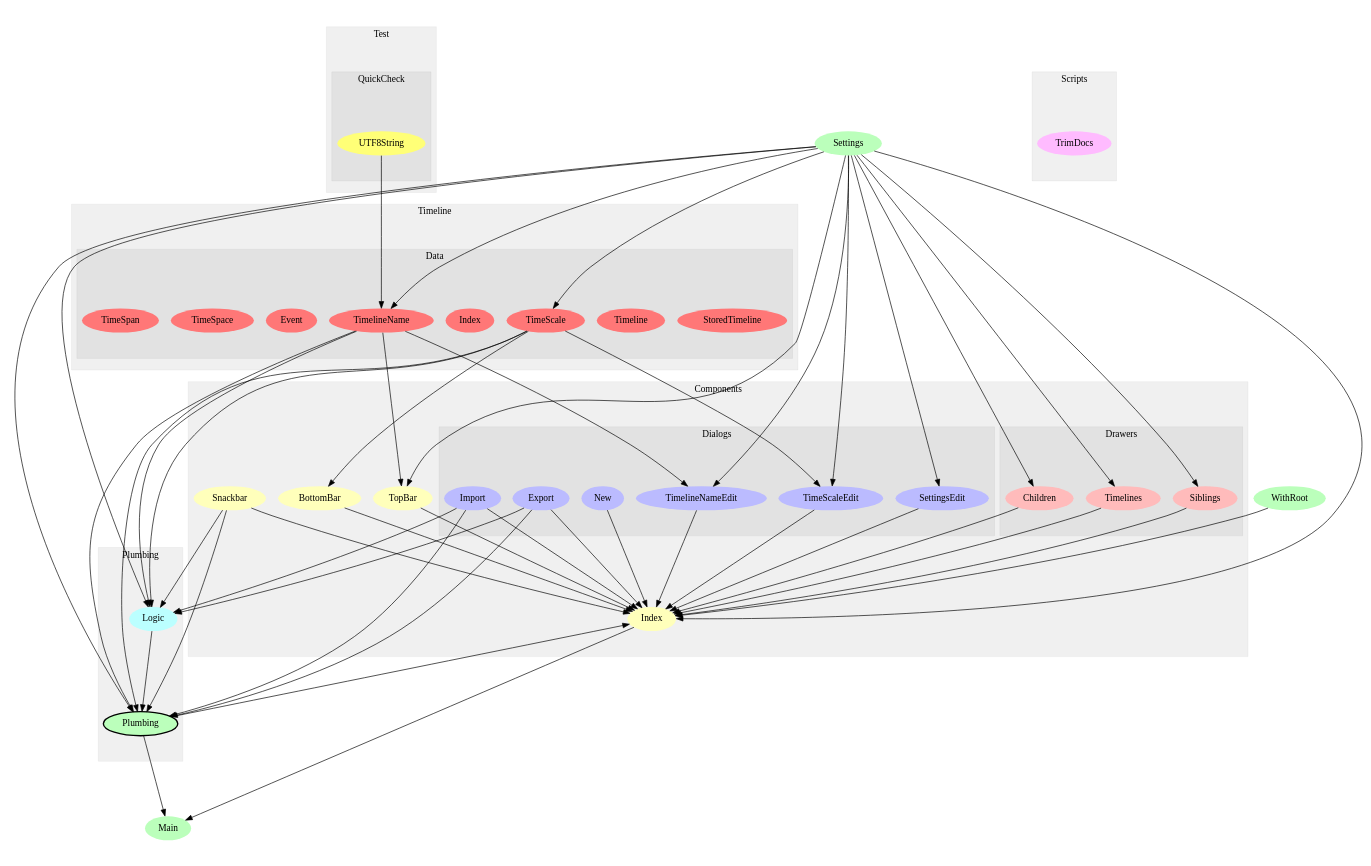
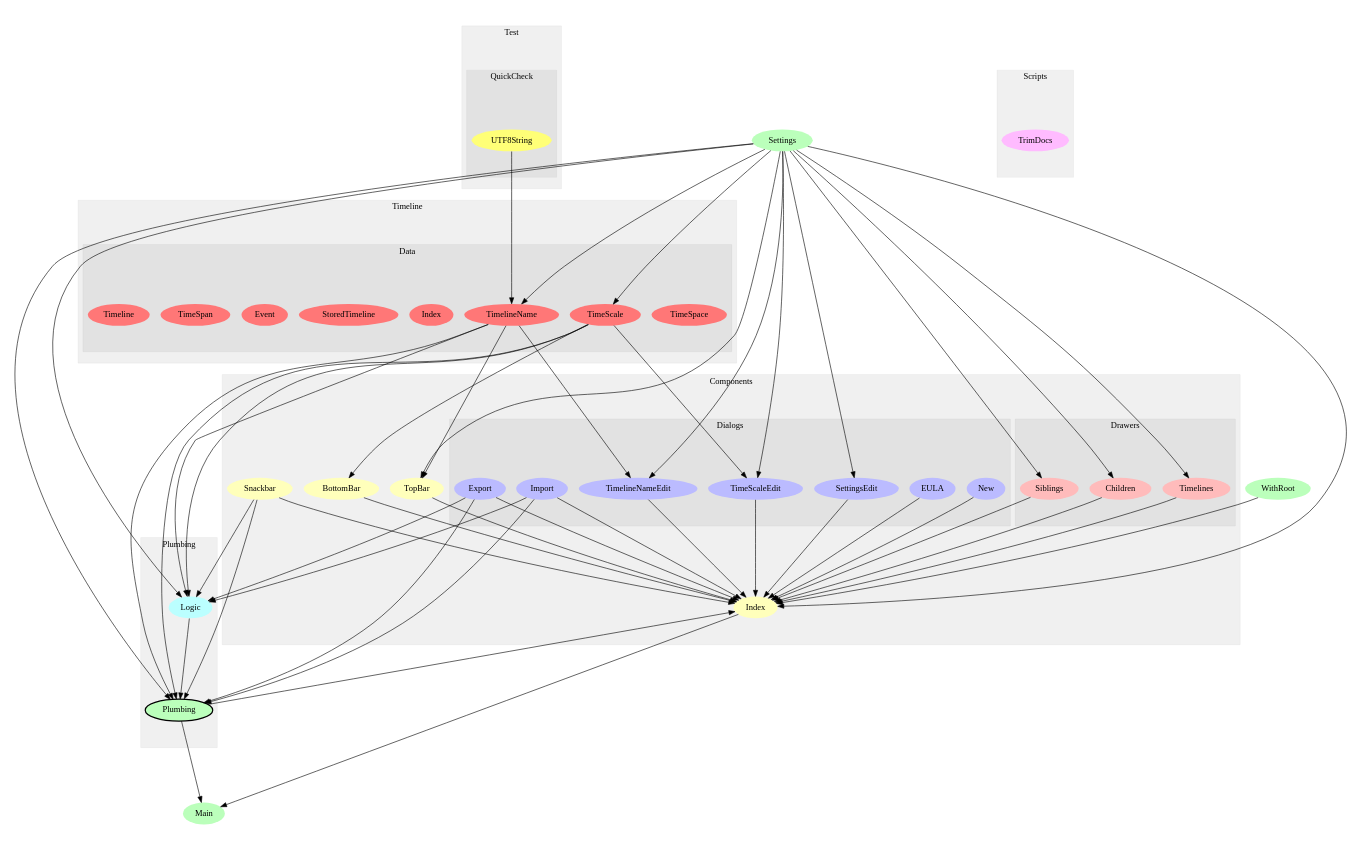
The diagram in graphs/modules.dot (openchronology/openchronology.github.io), drawn with Graphviz before and after one commit. The commit also changed 8 other files, not shown here.

```diff
--- a/graphs/modules.dot
+++ b/graphs/modules.dot
@@ -1,131 +1,133 @@
 digraph Modules {
 size="12,8";
 ratio="fill";
 u14[label="Settings",style="filled",fillcolor="#bbffbb",penwidth="0"];
-u15[label="Main",style="filled",fillcolor="#bbffbb",penwidth="0"];
-u16[label="WithRoot",style="filled",fillcolor="#bbffbb",penwidth="0"];
+u17[label="Main",style="filled",fillcolor="#bbffbb",penwidth="0"];
+u27[label="WithRoot",style="filled",fillcolor="#bbffbb",penwidth="0"];
 subgraph cluster_0 {
 label="Components";
 color="#0000000F";
 style="filled";
-u6[label="Index",style="filled",fillcolor="#ffffbb",penwidth="0"];
-u7[label="Snackbar",style="filled",fillcolor="#ffffbb",penwidth="0"];
+u0[label="BottomBar",style="filled",fillcolor="#ffffbb",penwidth="0"];
 u8[label="TopBar",style="filled",fillcolor="#ffffbb",penwidth="0"];
-u9[label="BottomBar",style="filled",fillcolor="#ffffbb",penwidth="0"];
+u9[label="Index",style="filled",fillcolor="#ffffbb",penwidth="0"];
+u10[label="Snackbar",style="filled",fillcolor="#ffffbb",penwidth="0"];
 subgraph cluster_1 {
 label="Dialogs";
 color="#0000000F";
 style="filled";
-u0[label="SettingsEdit",style="filled",fillcolor="#bbbbff",penwidth="0"];
-u1[label="New",style="filled",fillcolor="#bbbbff",penwidth="0"];
-u2[label="TimeScaleEdit",style="filled",fillcolor="#bbbbff",penwidth="0"];
-u3[label="Export",style="filled",fillcolor="#bbbbff",penwidth="0"];
+u1[label="EULA",style="filled",fillcolor="#bbbbff",penwidth="0"];
+u2[label="Import",style="filled",fillcolor="#bbbbff",penwidth="0"];
+u3[label="SettingsEdit",style="filled",fillcolor="#bbbbff",penwidth="0"];
 u4[label="TimelineNameEdit",style="filled",fillcolor="#bbbbff",penwidth="0"];
-u5[label="Import",style="filled",fillcolor="#bbbbff",penwidth="0"];
+u5[label="TimeScaleEdit",style="filled",fillcolor="#bbbbff",penwidth="0"];
+u6[label="Export",style="filled",fillcolor="#bbbbff",penwidth="0"];
+u7[label="New",style="filled",fillcolor="#bbbbff",penwidth="0"];
 
 }
 subgraph cluster_2 {
 label="Drawers";
 color="#0000000F";
 style="filled";
-u10[label="Children",style="filled",fillcolor="#ffbbbb",penwidth="0"];
-u11[label="Timelines",style="filled",fillcolor="#ffbbbb",penwidth="0"];
-u12[label="Siblings",style="filled",fillcolor="#ffbbbb",penwidth="0"];
+u11[label="Siblings",style="filled",fillcolor="#ffbbbb",penwidth="0"];
+u12[label="Children",style="filled",fillcolor="#ffbbbb",penwidth="0"];
+u13[label="Timelines",style="filled",fillcolor="#ffbbbb",penwidth="0"];
 
 }
 
 }
 subgraph cluster_3 {
 label="Plumbing";
 color="#0000000F";
 style="filled";
-u13[label="Plumbing",style="filled,bold",fillcolor="#bbffbb"];
-u17[label="Logic",style="filled",fillcolor="#bbffff",penwidth="0"];
+u15[label="Plumbing",style="filled,bold",fillcolor="#bbffbb"];
+u26[label="Logic",style="filled",fillcolor="#bbffff",penwidth="0"];
 
 }
 subgraph cluster_4 {
 label="Scripts";
 color="#0000000F";
 style="filled";
-u18[label="TrimDocs",style="filled",fillcolor="#ffbbff",penwidth="0"];
+u28[label="TrimDocs",style="filled",fillcolor="#ffbbff",penwidth="0"];
 
 }
 subgraph cluster_5 {
 label="Test";
 color="#0000000F";
 style="filled";
 subgraph cluster_6 {
 label="QuickCheck";
 color="#0000000F";
 style="filled";
-u19[label="UTF8String",style="filled",fillcolor="#ffff77",penwidth="0"];
+u16[label="UTF8String",style="filled",fillcolor="#ffff77",penwidth="0"];
 
 }
 
 }
 subgraph cluster_7 {
 label="Timeline";
 color="#0000000F";
 style="filled";
 subgraph cluster_8 {
 label="Data";
 color="#0000000F";
 style="filled";
-u20[label="StoredTimeline",style="filled",fillcolor="#ff7777",penwidth="0"];
-u21[label="Timeline",style="filled",fillcolor="#ff7777",penwidth="0"];
-u22[label="TimelineName",style="filled",fillcolor="#ff7777",penwidth="0"];
-u23[label="Index",style="filled",fillcolor="#ff7777",penwidth="0"];
-u24[label="TimeScale",style="filled",fillcolor="#ff7777",penwidth="0"];
-u25[label="Event",style="filled",fillcolor="#ff7777",penwidth="0"];
-u26[label="TimeSpace",style="filled",fillcolor="#ff7777",penwidth="0"];
-u27[label="TimeSpan",style="filled",fillcolor="#ff7777",penwidth="0"];
+u18[label="TimeSpace",style="filled",fillcolor="#ff7777",penwidth="0"];
+u19[label="TimeScale",style="filled",fillcolor="#ff7777",penwidth="0"];
+u20[label="TimelineName",style="filled",fillcolor="#ff7777",penwidth="0"];
+u21[label="Index",style="filled",fillcolor="#ff7777",penwidth="0"];
+u22[label="StoredTimeline",style="filled",fillcolor="#ff7777",penwidth="0"];
+u23[label="Event",style="filled",fillcolor="#ff7777",penwidth="0"];
+u24[label="TimeSpan",style="filled",fillcolor="#ff7777",penwidth="0"];
+u25[label="Timeline",style="filled",fillcolor="#ff7777",penwidth="0"];
 
 }
 
 }
-u14 -> u0;
-u14 -> u2;
-u24 -> u2;
+u19 -> u0;
+u14 -> u3;
 u14 -> u4;
-u22 -> u4;
-u0 -> u6;
-u1 -> u6;
-u2 -> u6;
-u3 -> u6;
-u4 -> u6;
-u5 -> u6;
-u7 -> u6;
-u8 -> u6;
-u9 -> u6;
-u10 -> u6;
-u11 -> u6;
-u12 -> u6;
-u13 -> u6;
-u14 -> u6;
-u16 -> u6;
+u20 -> u4;
+u14 -> u5;
+u19 -> u5;
 u14 -> u8;
-u22 -> u8;
-u24 -> u9;
-u14 -> u10;
+u20 -> u8;
+u0 -> u9;
+u1 -> u9;
+u2 -> u9;
+u3 -> u9;
+u4 -> u9;
+u5 -> u9;
+u6 -> u9;
+u7 -> u9;
+u8 -> u9;
+u10 -> u9;
+u11 -> u9;
+u12 -> u9;
+u13 -> u9;
+u14 -> u9;
+u15 -> u9;
+u27 -> u9;
 u14 -> u11;
 u14 -> u12;
-u3 -> u13;
-u5 -> u13;
-u7 -> u13;
 u14 -> u13;
-u17 -> u13;
-u22 -> u13;
-u24 -> u13;
+u2 -> u15;
 u6 -> u15;
-u13 -> u15;
-u3 -> u17;
-u5 -> u17;
-u7 -> u17;
-u14 -> u17;
-u22 -> u17;
-u24 -> u17;
-u14 -> u22;
-u19 -> u22;
-u14 -> u24;
+u10 -> u15;
+u14 -> u15;
+u19 -> u15;
+u20 -> u15;
+u26 -> u15;
+u9 -> u17;
+u15 -> u17;
+u14 -> u19;
+u14 -> u20;
+u16 -> u20;
+u2 -> u26;
+u6 -> u26;
+u10 -> u26;
+u14 -> u26;
+u19 -> u26;
+u20 -> u26;
 
 }
```
